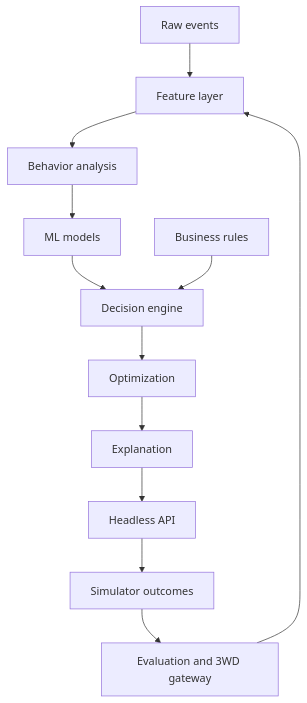
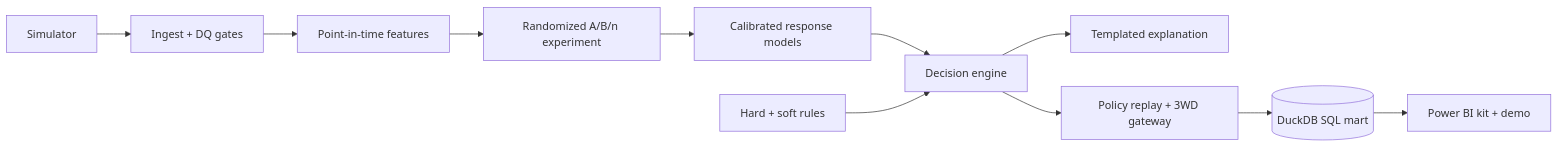
The diagram in README.md (RafaelBraga-Kribitz/NextMove), drawn with Mermaid before and after one commit. The commit also changed other lines of this file and 1 other file, not shown here.

````diff
--- a/README.md
+++ b/README.md
@@ -14,14 +65,13 @@
 ```mermaid
-flowchart TD
-    events[Raw events] --> features[Feature layer]
-    features --> behavior[Behavior analysis]
-    behavior --> models[ML models]
+flowchart LR
+    sim[Simulator] --> ingest[Ingest + DQ gates]
+    ingest --> feat[Point-in-time features]
+    feat --> exp[Randomized A/B/n experiment]
+    exp --> models[Calibrated response models]
     models --> engine[Decision engine]
-    rules[Business rules] --> engine
-    engine --> optimize[Optimization]
-    optimize --> explain[Explanation]
-    explain --> api[Headless API]
-    api --> outcomes[Simulator outcomes]
-    outcomes --> gateway[Evaluation and 3WD gateway]
-    gateway --> features
+    rules[Hard + soft rules] --> engine
+    engine --> explain[Templated explanation]
+    engine --> eval[Policy replay + 3WD gateway]
+    eval --> mart[(DuckDB SQL mart)]
+    mart --> bi[Power BI kit + demo]
 ```
````
